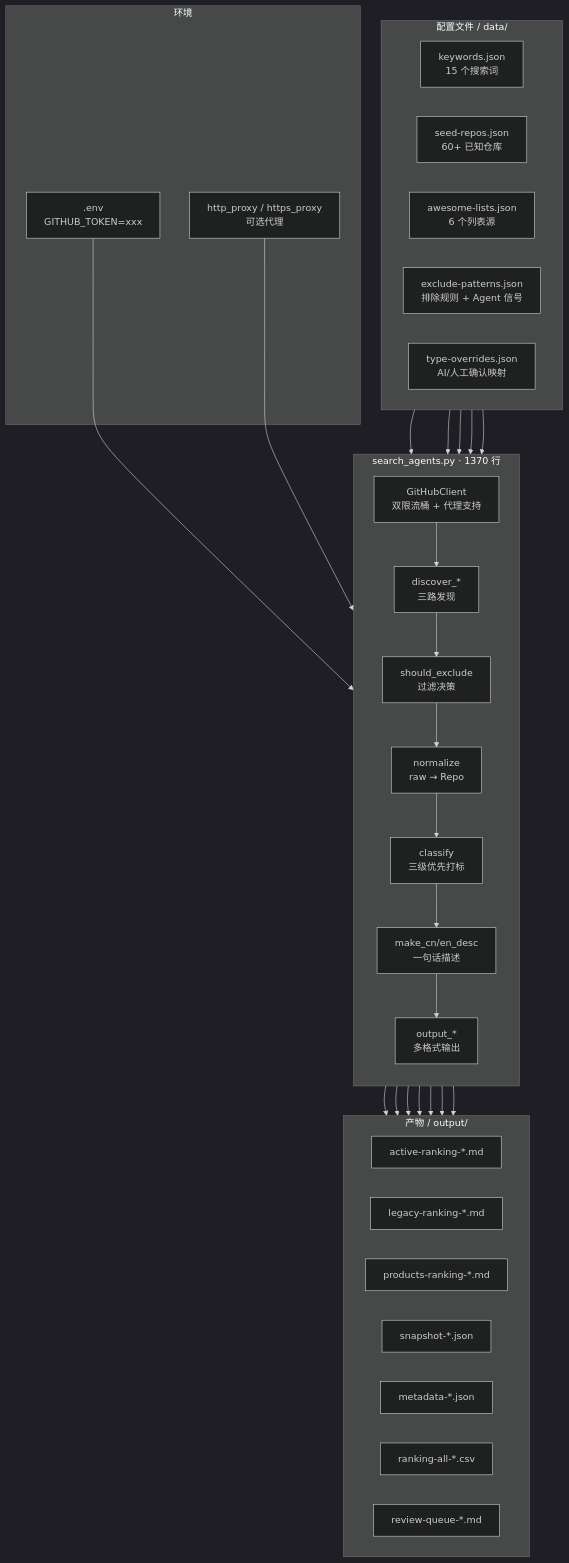
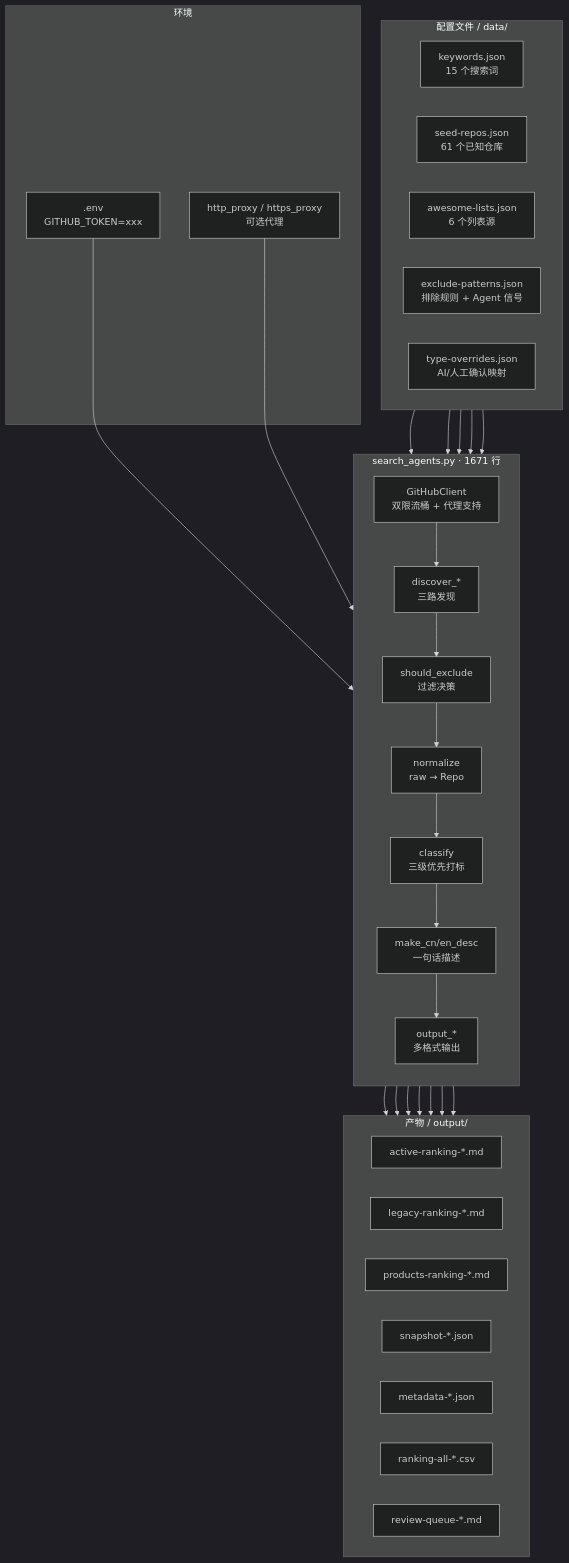
The sixth of 7 diagrams in FLOWCHART.md (Marchhhhhhhh/agent-repo-ranking), drawn with Mermaid (dark theme) before and after one commit. The commit also changed 1 other file, not shown here.

Commit message:
docs: update documentation to match current code statistics
- FLOWCHART.md: update script line count from 1370 to 1671
- FLOWCHART.md: update seed repos count from 60+ to 61
- DESIGN.md: update seed repos count from 40-50 to 60+
- DESIGN.md: update discovery sources from 12+ keywords + 4 lists to 15 keywords + 6 lists

````diff
--- a/FLOWCHART.md
+++ b/FLOWCHART.md
@@ -270,61 +270,61 @@
 ```mermaid
 flowchart TD
     subgraph CONFIG [配置文件 / data/]
         direction LR
         C1[keywords.json<br/>15 个搜索词]
-        C2[seed-repos.json<br/>60+ 已知仓库]
+        C2[seed-repos.json<br/>61 个已知仓库]
         C3[awesome-lists.json<br/>6 个列表源]
         C4[exclude-patterns.json<br/>排除规则 + Agent 信号]
         C5[type-overrides.json<br/>AI/人工确认映射]
     end
 
-    subgraph CODE [search_agents.py · 1370 行]
+    subgraph CODE [search_agents.py · 1671 行]
         direction TB
         M1[GitHubClient<br/>双限流桶 + 代理支持]
         M2[discover_*<br/>三路发现]
         M3[should_exclude<br/>过滤决策]
         M4[normalize<br/>raw → Repo]
         M5[classify<br/>三级优先打标]
         M6[make_cn/en_desc<br/>一句话描述]
         M7[output_*<br/>多格式输出]
     end
 
     subgraph ENV [环境]
         E1[.env<br/>GITHUB_TOKEN=xxx]
         E2[http_proxy / https_proxy<br/>可选代理]
     end
 
     subgraph OUTPUT [产物 / output/]
         direction LR
         O1[active-ranking-*.md]
         O2[legacy-ranking-*.md]
         O3[products-ranking-*.md]
         O4[snapshot-*.json]
         O5[metadata-*.json]
         O6[ranking-all-*.csv]
         O7[review-queue-*.md]
     end
 
     E1 --> M1
     E2 --> M1
     C1 --> M2
     C2 --> M2
     C3 --> M2
     C4 --> M3
     C5 --> M5
 
     M1 --> M2
     M2 --> M3
     M3 --> M4
     M4 --> M5
     M5 --> M6
     M6 --> M7
 
     M7 --> O1
     M7 --> O2
     M7 --> O3
     M7 --> O4
     M7 --> O5
     M7 --> O6
     M7 --> O7
 ```
````
